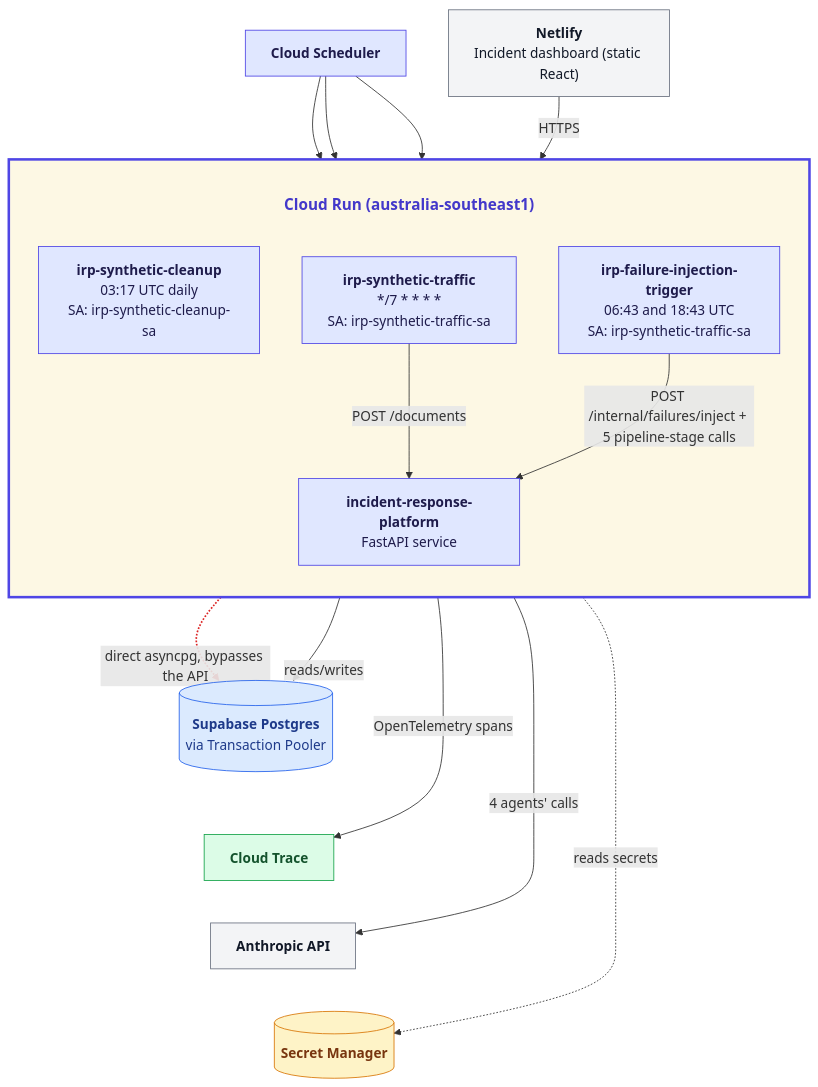
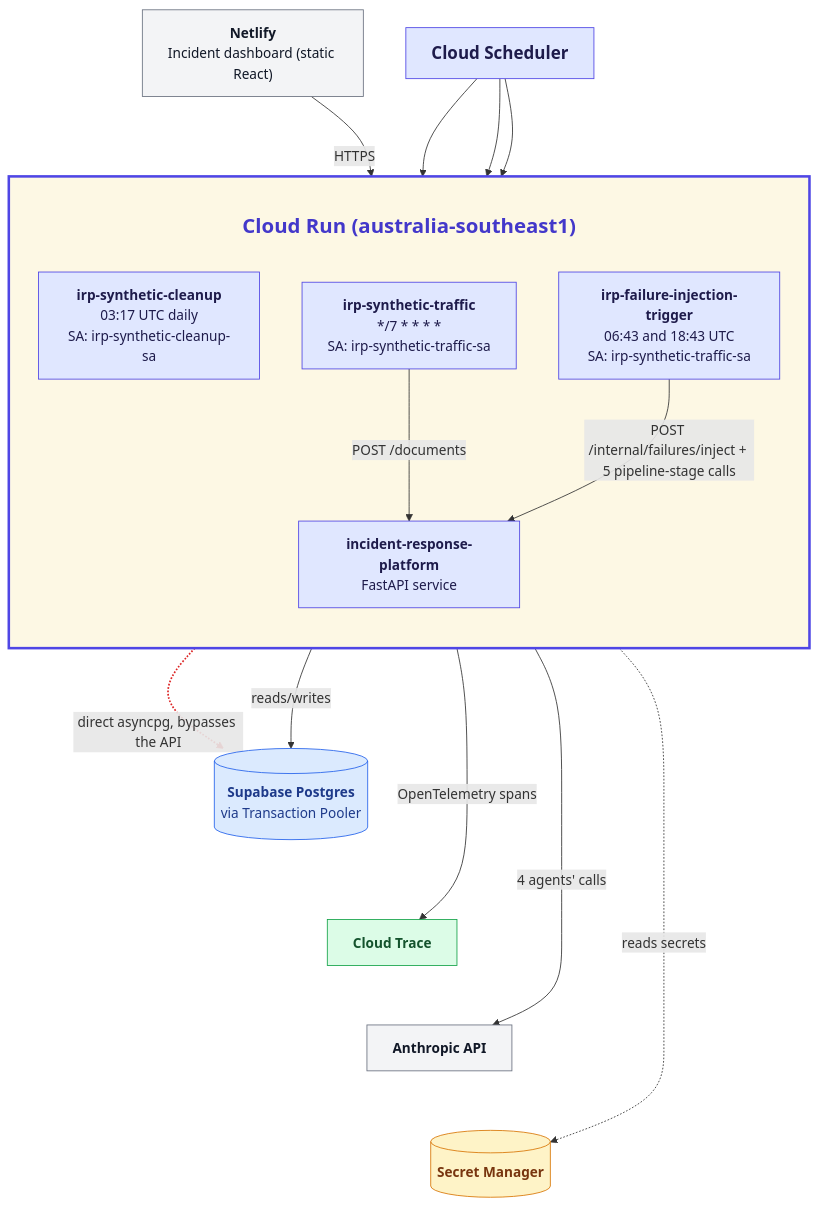
The diagram in docs/architecture-infra.md (ShafqaatMalik/incident-response-platform), drawn with Mermaid before and after one commit.

Commit message:
Fix 4 layout issues in architecture-infra.md diagram
- Netlify moved back to the left side (anchored via an invisible
  NETLIFY~~~CLEANUP link -- plain declaration/edge reordering had no
  effect on its position, consistent with earlier findings this
  session).
- Cloud Scheduler now clearly separated from the Cloud Run box (global
  rankSpacing 50->70; Mermaid has no way to target a single rank gap,
  so other vertical gaps grew proportionally too, nothing rearranged).
- Cloud Run title enlarged further (18px -> 24px), still fully
  contained in the box.
- Cloud Scheduler label enlarged further (16px -> 20px).

Known tradeoff, not hidden: moving Netlify left introduces one new
line crossing with Scheduler's line to Cleanup -- geometrically
unavoidable given both endpoints' now-fixed positions, and not
fixable without touching the job row arrangement.

Claude-Session: https://claude.ai/code/session_01Go5Q58FhHZwhaTxtMiUwpV

````diff
--- a/docs/architecture-infra.md
+++ b/docs/architecture-infra.md
@@ -12,53 +12,54 @@
 ```mermaid
-%%{init: {"flowchart": {"subGraphTitleMargin": {"top": 40, "bottom": 25}}}}%%
+%%{init: {"flowchart": {"subGraphTitleMargin": {"top": 40, "bottom": 25}, "rankSpacing": 70}}}%%
 flowchart TD
-    SCHEDULER["<b style='font-size:16px'>Cloud Scheduler</b>"]
+    SCHEDULER["<b style='font-size:20px'>Cloud Scheduler</b>"]
     NETLIFY["<b>Netlify</b><br/>Incident dashboard (static React)"]
 
-    subgraph COMPUTE["<b style='font-size:18px; color:#4338ca'>Cloud Run (australia-southeast1)</b>"]
+    subgraph COMPUTE["<b style='font-size:24px; color:#4338ca'>Cloud Run (australia-southeast1)</b>"]
         direction TB
         TRAFFIC["<b>irp-synthetic-traffic</b><br/>*/7 * * * *<br/>SA: irp-synthetic-traffic-sa"]
         CLEANUP["<b>irp-synthetic-cleanup</b><br/>03:17 UTC daily<br/>SA: irp-synthetic-cleanup-sa"]
         TRIGGER["<b>irp-failure-injection-trigger</b><br/>06:43 and 18:43 UTC<br/>SA: irp-synthetic-traffic-sa"]
         SERVICE["<b>incident-response-platform</b><br/>FastAPI service"]
         CLEANUP ~~~ SERVICE
     end
 
     DB[("<b>Supabase Postgres</b><br/>via Transaction Pooler")]
     SECRETS[("<b>Secret Manager</b>")]
     ANTHROPIC["<b>Anthropic API</b>"]
     TRACE["<b>Cloud Trace</b>"]
 
+    NETLIFY ~~~ CLEANUP
+    NETLIFY -->|HTTPS| SERVICE
     SCHEDULER --> TRAFFIC
     SCHEDULER --> TRIGGER
     SCHEDULER --> CLEANUP
-    NETLIFY -->|HTTPS| SERVICE
 
     TRAFFIC -->|POST /documents| SERVICE
     TRIGGER -->|"POST /internal/failures/inject + 5 pipeline-stage calls"| SERVICE
 
     CLEANUP -.->|"direct asyncpg, bypasses the API"| DB
     SERVICE -->|reads/writes| DB
     DB ~~~ TRACE
     SERVICE -->|OpenTelemetry spans| TRACE
     TRACE ~~~ ANTHROPIC
     SERVICE -->|"4 agents' calls"| ANTHROPIC
     ANTHROPIC ~~~ SECRETS
     SERVICE -.->|reads secrets| SECRETS
 
     classDef compute fill:#e0e7ff,stroke:#4f46e5,stroke-width:1px,color:#1e1b4b
     classDef data fill:#dbeafe,stroke:#2563eb,stroke-width:1px,color:#1e3a8a
     classDef secrets fill:#fef3c7,stroke:#d97706,stroke-width:1px,color:#78350f
     classDef external fill:#f3f4f6,stroke:#6b7280,stroke-width:1px,color:#111827
     classDef observability fill:#dcfce7,stroke:#16a34a,stroke-width:1px,color:#14532d
 
     class SERVICE,TRAFFIC,TRIGGER,CLEANUP,SCHEDULER compute
     class DB data
     class SECRETS secrets
     class NETLIFY,ANTHROPIC external
     class TRACE observability
 
-    linkStyle 7 stroke:#dc2626,stroke-width:2px
+    linkStyle 8 stroke:#dc2626,stroke-width:2px
 
     style COMPUTE fill:#fdf8e4,stroke:#4f46e5,stroke-width:3px
 ```
````
